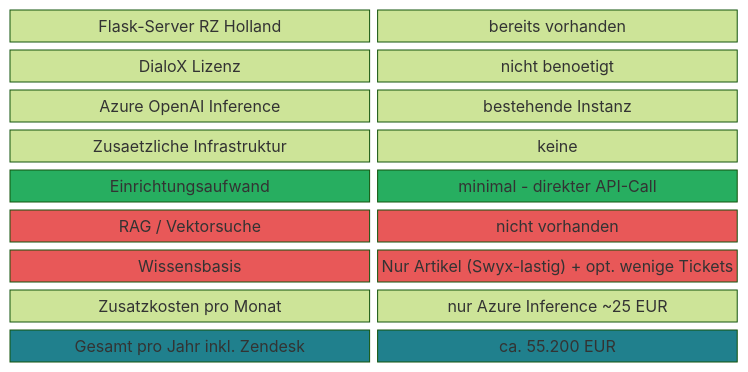
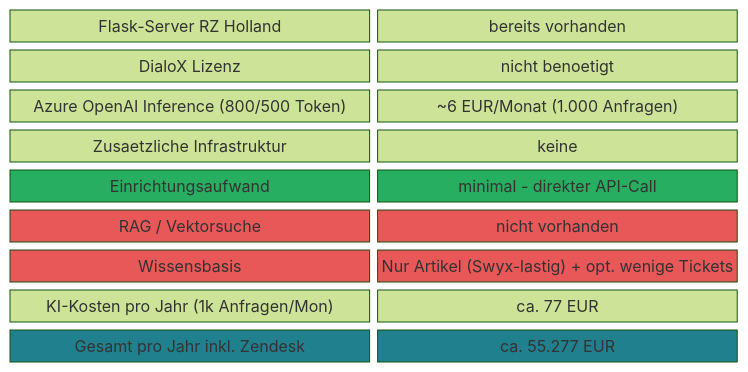
One commit to tekknix/zendesk-ai changed the fourth of 16 diagrams in readme.md. Above: the diagram before and after it, drawn with Mermaid (forest theme). The commit also changed other lines of this file, not shown here.

````diff
--- a/readme.md
+++ b/readme.md
@@ -109,22 +110,22 @@
 ```mermaid
 block-beta
     columns 2
     A["Flask-Server RZ Holland"]:1 B["bereits vorhanden"]:1
     C["DialoX Lizenz"]:1 D["nicht benoetigt"]:1
-    E["Azure OpenAI Inference"]:1 F["bestehende Instanz"]:1
+    E["Azure OpenAI Inference (800/500 Token)"]:1 F["~6 EUR/Monat (1.000 Anfragen)"]:1
     G["Zusaetzliche Infrastruktur"]:1 H["keine"]:1
     I["Einrichtungsaufwand"]:1 J["minimal - direkter API-Call"]:1
     K["RAG / Vektorsuche"]:1 L["nicht vorhanden"]:1
     M["Wissensbasis"]:1 N["Nur Artikel (Swyx-lastig) + opt. wenige Tickets"]:1
-    O["Zusatzkosten pro Monat"]:1 P["nur Azure Inference ~25 EUR"]:1
-    Q["Gesamt pro Jahr inkl. Zendesk"]:1 R["ca. 55.200 EUR"]:1
+    O["KI-Kosten pro Jahr (1k Anfragen/Mon)"]:1 P["ca. 77 EUR"]:1
+    Q["Gesamt pro Jahr inkl. Zendesk"]:1 R["ca. 55.277 EUR"]:1
 
     style I fill:#27AE60,color:#fff
     style J fill:#27AE60,color:#fff
     style K fill:#E85858,color:#fff
     style L fill:#E85858,color:#fff
     style M fill:#E85858,color:#fff
     style N fill:#E85858,color:#fff
     style Q fill:#20808D,color:#fff
     style R fill:#20808D,color:#fff
 ```
````
